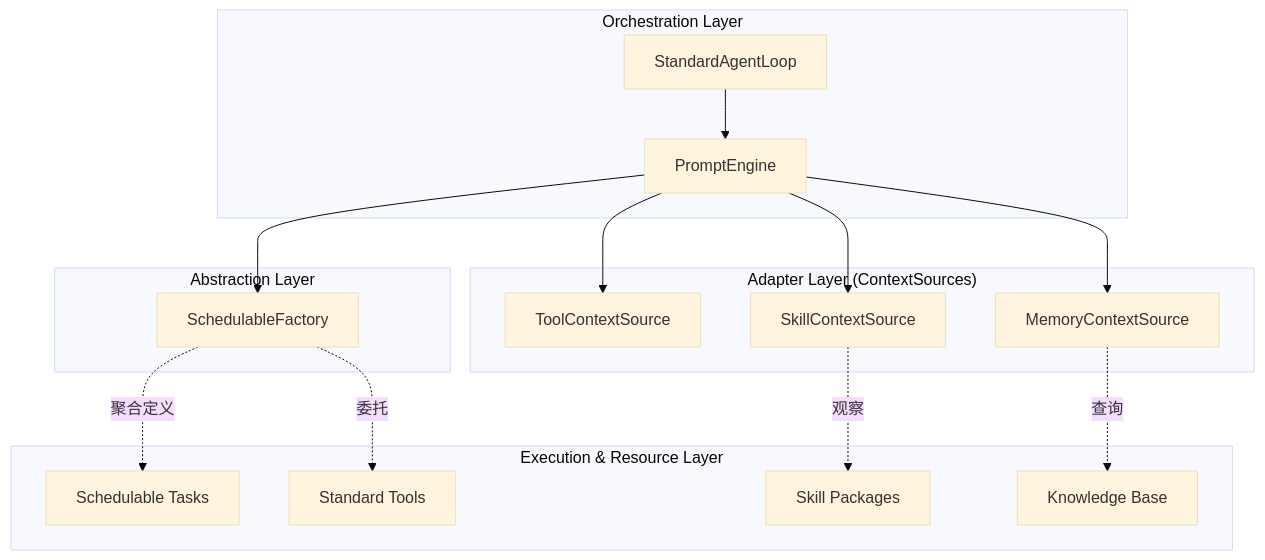
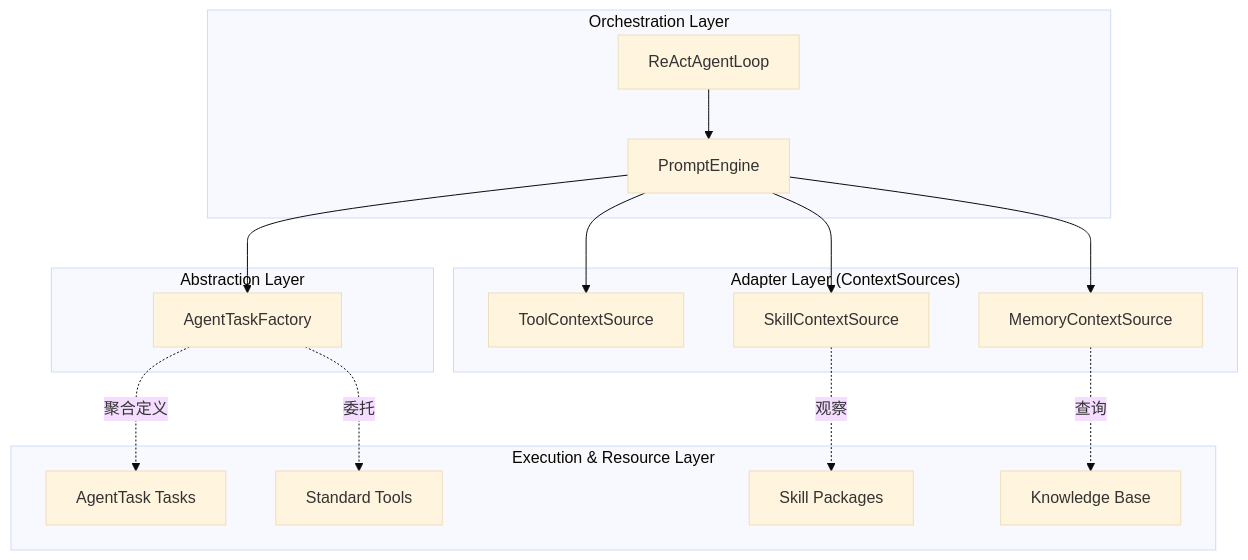
The diagram in docs/PROMPT_ENGINE_DECOUPLING.md (stream-iori/ganglia), drawn with Mermaid (base theme) before and after one commit. The commit also changed other lines of this file and 20 other files, not shown here.

````diff
--- a/docs/PROMPT_ENGINE_DECOUPLING.md
+++ b/docs/PROMPT_ENGINE_DECOUPLING.md
@@ -24,23 +24,23 @@
 ```mermaid
 graph TD
     subgraph "Orchestration Layer"
-        Loop[StandardAgentLoop] --> PE[PromptEngine]
+        Loop[ReActAgentLoop] --> PE[PromptEngine]
     end
 
     subgraph "Abstraction Layer"
-        PE --> SF[SchedulableFactory]
+        PE --> SF[AgentTaskFactory]
     end
 
     subgraph "Adapter Layer (ContextSources)"
         PE --> TCS[ToolContextSource]
         PE --> SCS[SkillContextSource]
         PE --> MCS[MemoryContextSource]
     end
 
     subgraph "Execution & Resource Layer"
-        SF -.->|聚合定义| Tasks[Schedulable Tasks]
+        SF -.->|聚合定义| Tasks[AgentTask Tasks]
         SF -.->|委托| Tools[Standard Tools]
         SCS -.->|观察| Skills[Skill Packages]
         MCS -.->|查询| KB[Knowledge Base]
     end
 ```
````
